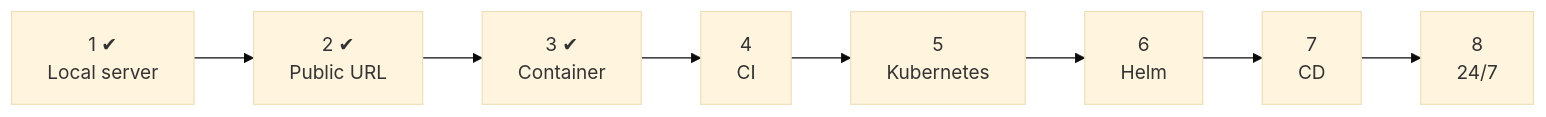
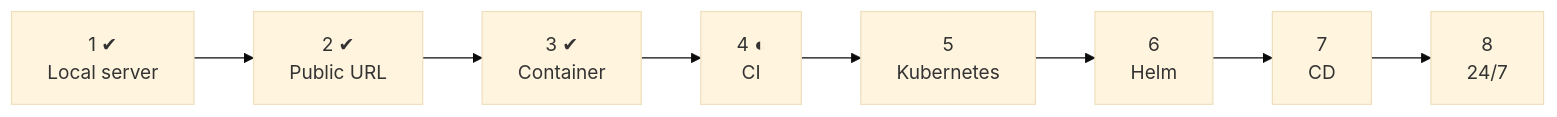
Before and after one commit to Bende-KBB/devops-lab: the second of 3 diagrams in docs/pipeline.md, drawn with Mermaid (base theme). The commit also changed other lines of this file and 1 other file, not shown here.

Commit message:
DL-22: Add Phase 4 plan

````diff
--- a/docs/pipeline.md
+++ b/docs/pipeline.md
@@ -17,4 +17,4 @@
 ```mermaid
 flowchart LR
-    P1["1 ✔<br/>Local server"] --> P2["2 ✔<br/>Public URL"] --> P3["3 ✔<br/>Container"] --> P4["4<br/>CI"] --> P5["5<br/>Kubernetes"] --> P6["6<br/>Helm"] --> P7["7<br/>CD"] --> P8["8<br/>24/7"]
+    P1["1 ✔<br/>Local server"] --> P2["2 ✔<br/>Public URL"] --> P3["3 ✔<br/>Container"] --> P4["4 ◐<br/>CI"] --> P5["5<br/>Kubernetes"] --> P6["6<br/>Helm"] --> P7["7<br/>CD"] --> P8["8<br/>24/7"]
 ```
````
